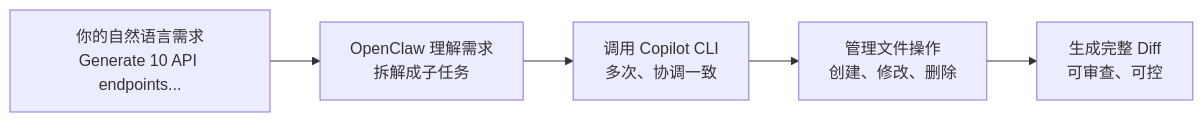
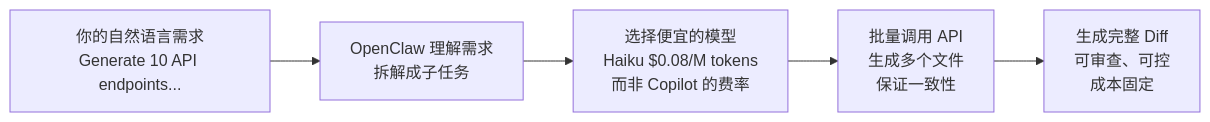
One commit to shawndenggh/shawndeng.tech changed the second of 8 diagrams in content/posts/openclaw-copilot-automation.md. Above: the diagram before and after it, drawn with Mermaid. The commit also changed other lines of this file, not shown here.

Commit message:
refactor: clarify OpenClaw vs Copilot - focus on cost and model flexibility, not feature limitations

````diff
--- a/content/posts/openclaw-copilot-automation.md
+++ b/content/posts/openclaw-copilot-automation.md
@@ -37,10 +52,10 @@
 ```mermaid
 graph LR
     A["你的自然语言需求<br/>Generate 10 API endpoints..."]
     B["OpenClaw 理解需求<br/>拆解成子任务"]
-    C["调用 Copilot CLI<br/>多次、协调一致"]
-    D["管理文件操作<br/>创建、修改、删除"]
-    E["生成完整 Diff<br/>可审查、可控"]
+    C["选择便宜的模型<br/>Haiku $0.08/M tokens<br/>而非 Copilot 的费率"]
+    D["批量调用 API<br/>生成多个文件<br/>保证一致性"]
+    E["生成完整 Diff<br/>可审查、可控<br/>成本固定"]
     
     A --> B --> C --> D --> E
 ```
````
